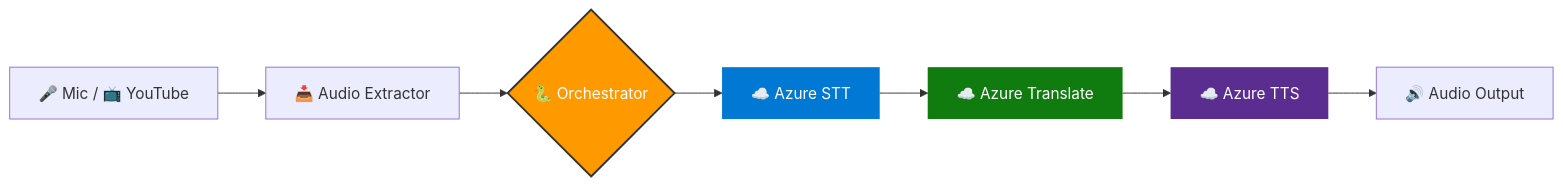
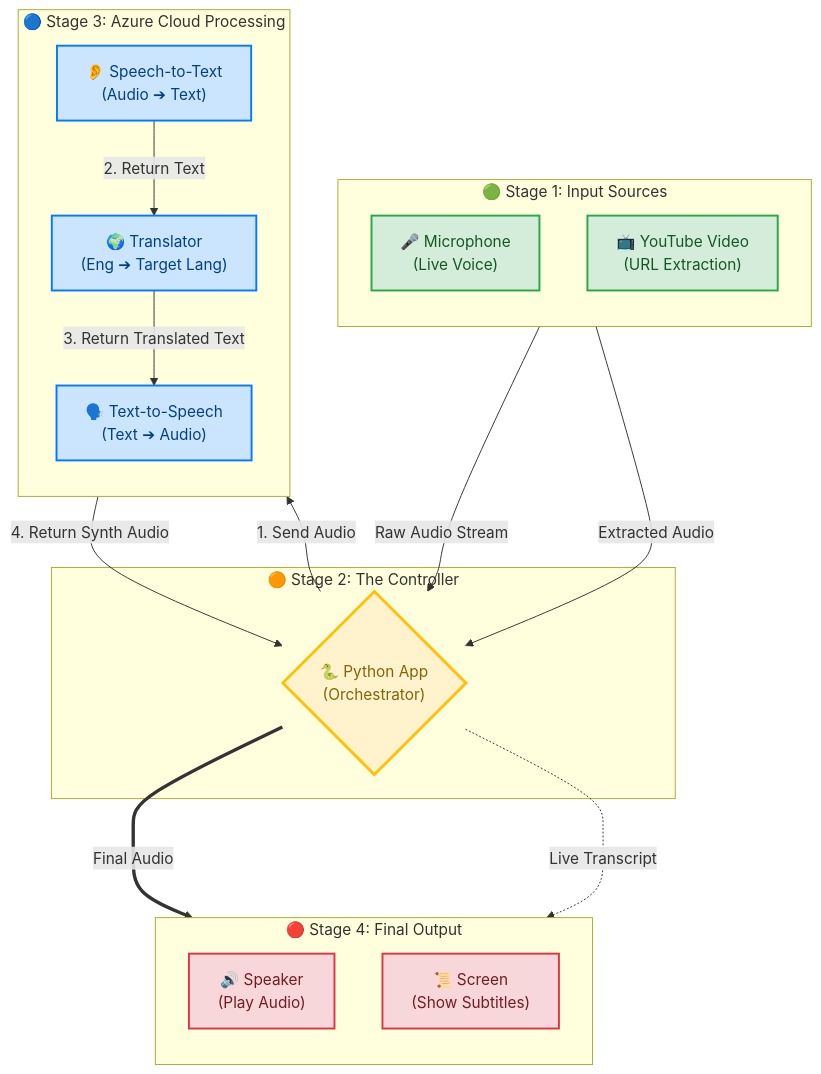
One commit to springboardmentor545-lgtm/Speech_to_speech_TeamA changed the diagram in README.md. Above: the diagram before and after it, drawn with Mermaid. The commit also changed other lines of this file, not shown here.

Commit message:
Revise README title and enhance flowchart
Updated project title and improved diagram structure in README.

````diff
--- a/README.md
+++ b/README.md
@@ -52,14 +53,57 @@
 ```mermaid
-graph LR
-    Input[🎤 Mic / 📺 YouTube] --> Ext[📥 Audio Extractor]
-    Ext --> Orchestrator{🐍 Orchestrator}
-    Orchestrator --> STT[☁️ Azure STT]
-    STT --> Trans[☁️ Azure Translate]
-    Trans --> TTS[☁️ Azure TTS]
-    TTS --> Speaker[🔊 Audio Output]
+graph TD
+    %% --- Color Palette Definitions ---
+    classDef source fill:#d4edda,stroke:#28a745,stroke-width:2px,color:#155724
+    classDef logic fill:#fff3cd,stroke:#ffc107,stroke-width:3px,color:#856404
+    classDef cloud fill:#cce5ff,stroke:#007bff,stroke-width:2px,color:#004085
+    classDef output fill:#f8d7da,stroke:#dc3545,stroke-width:2px,color:#721c24
+
+    %% --- STAGE 1: INPUT SOURCES ---
+    subgraph S1 ["🟢 Stage 1: Input Sources"]
+        direction TB
+        Mic["🎤 Microphone<br/>(Live Voice)"]
+        YT["📺 YouTube Video<br/>(URL Extraction)"]
+    end
+
+    %% --- STAGE 2: THE BRAIN ---
+    subgraph S2 ["🟠 Stage 2: The Controller"]
+        Python{"🐍 Python App<br/>(Orchestrator)"}
+    end
+
+    %% --- STAGE 3: AZURE AI ---
+    subgraph S3 ["🔵 Stage 3: Azure Cloud Processing"]
+        direction TB
+        STT["👂 Speech-to-Text<br/>(Audio ➔ Text)"]
+        Trans["🌍 Translator<br/>(Eng ➔ Target Lang)"]
+        TTS["🗣️ Text-to-Speech<br/>(Text ➔ Audio)"]
+    end
+
+    %% --- STAGE 4: USER OUTPUT ---
+    subgraph S4 ["🔴 Stage 4: Final Output"]
+        direction TB
+        Speaker["🔊 Speaker<br/>(Play Audio)"]
+        Display["📜 Screen<br/>(Show Subtitles)"]
+    end
+
+    %% --- FLOW CONNECTIONS ---
     
-    style Orchestrator fill:#FF9900,stroke:#333,stroke-width:2px,color:white
-    style STT fill:#0078D4,stroke:#333,stroke-width:0px,color:white
-    style Trans fill:#107C10,stroke:#333,stroke-width:0px,color:white
-    style TTS fill:#5C2D91,stroke:#333,stroke-width:0px,color:white
+    %% 1. Input to Python
+    Mic -->|Raw Audio Stream| Python
+    YT -->|Extracted Audio| Python
+
+    %% 2. Python to Cloud Pipeline
+    Python -->|1. Send Audio| STT
+    STT -->|2. Return Text| Trans
+    Trans -->|3. Return Translated Text| TTS
+    TTS -->|4. Return Synth Audio| Python
+
+    %% 3. Python to Output
+    Python ===>|Final Audio| Speaker
+    Python -.->|Live Transcript| Display
+
+    %% --- APPLY STYLES ---
+    class Mic,YT source
+    class Python logic
+    class STT,Trans,TTS cloud
+    class Speaker,Display output
 ```
````
